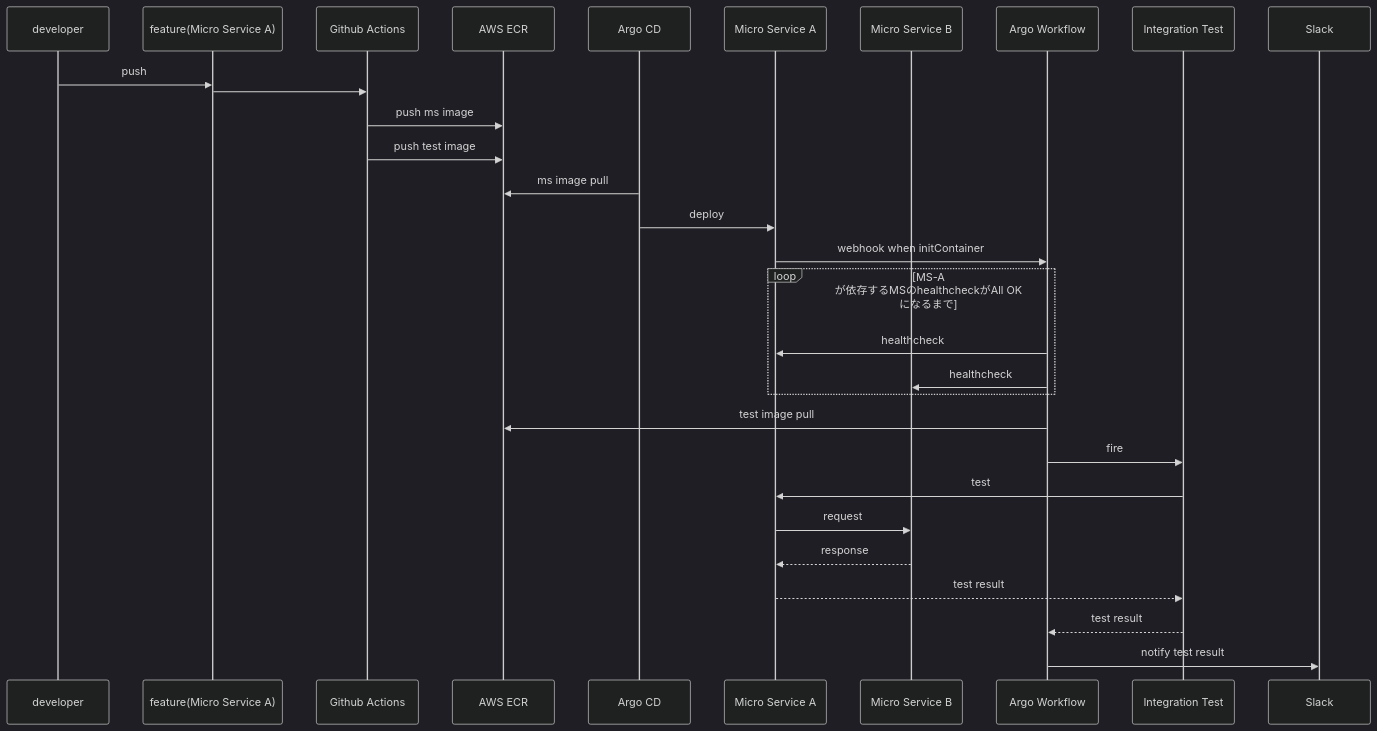
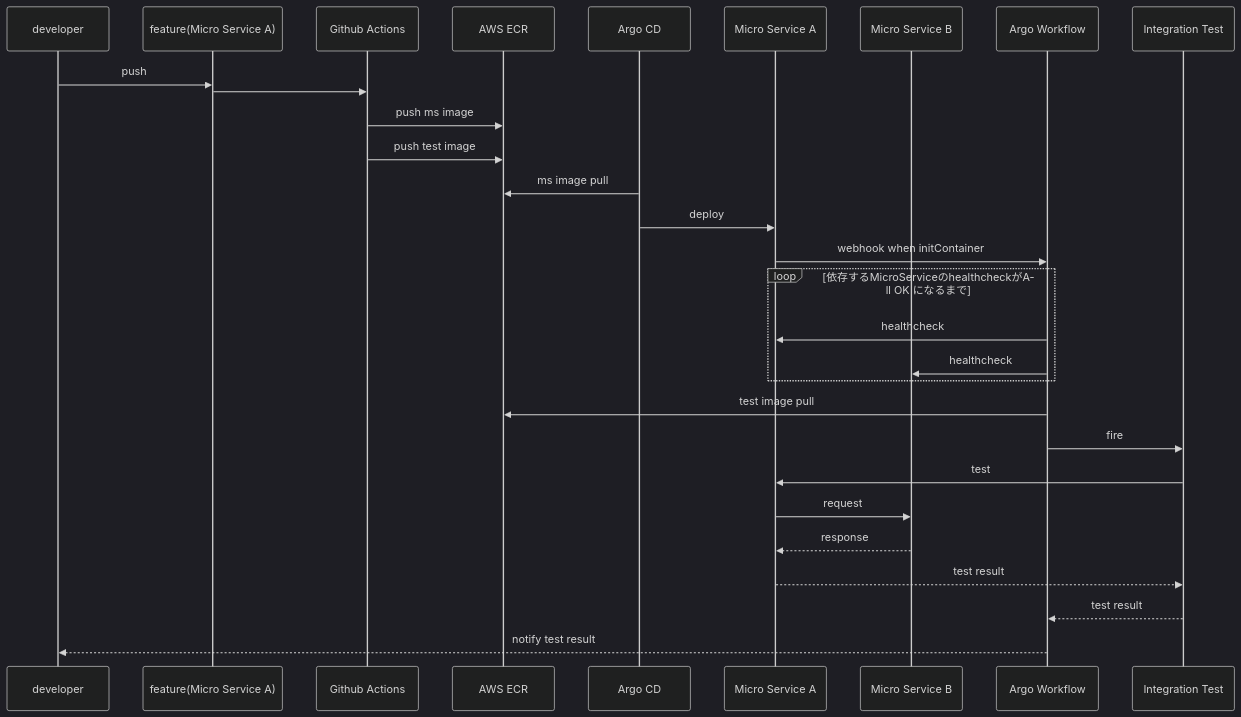
The diagram in mermaid/integration-test-flow.md (HiromasaNojima/Zenn), drawn with Mermaid (dark theme) before and after one commit. The commit also changed 1 other file, not shown here.

Commit message:
画像差し替え

````diff
--- a/mermaid/integration-test-flow.md
+++ b/mermaid/integration-test-flow.md
@@ -1,36 +1,34 @@
 ```mermaid
 sequenceDiagram 
     participant dev as developer
     participant git as feature(Micro Service A)
     participant act as Github Actions
     participant ecr as AWS ECR
     participant cd as Argo CD
     participant msa as Micro Service A
     participant msb as Micro Service B
     participant workflow as Argo Workflow
     participant it as Integration Test
-    participant slack as Slack
 
     dev ->> git: push
     git ->> act: 
     act ->> ecr: push ms image
     act ->> ecr: push test image
     cd ->> ecr: ms image pull
     cd ->> msa: deploy
     msa->>workflow: webhook when initContainer
-    loop MS-A が依存するMSのhealthcheckがAll OK になるまで
+    loop 依存するMicroServiceのhealthcheckがAll OK になるまで
         workflow ->> msa: healthcheck
         workflow ->> msb: healthcheck
     end
     
     workflow ->> ecr: test image pull
     workflow ->> it: fire
     
     it ->> msa: test
     msa ->> msb: request
     msb -->> msa: response
     msa -->> it: test result
     it -->> workflow: test result
-    workflow ->> slack: notify test result
-    
+    workflow -->> dev: notify test result
 ```
````
